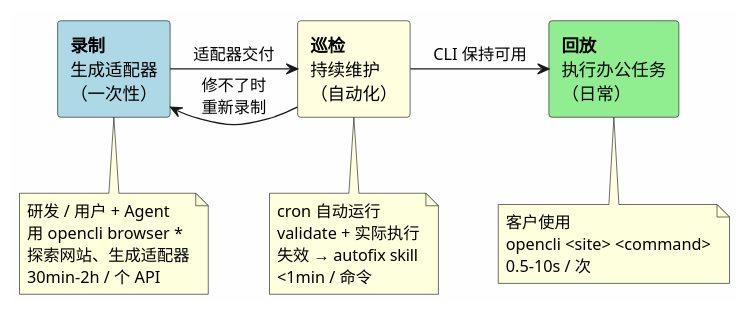
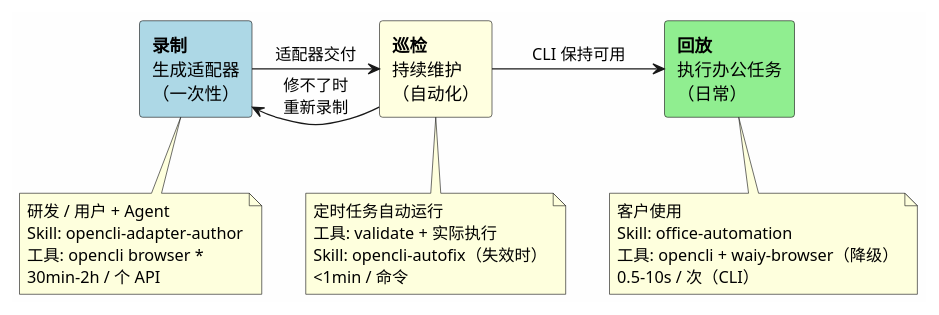
Before and after one commit to shadow-cyan/OpenCLI: the first of 4 diagrams in doc/office-automation-architecture.md, drawn with PlantUML. The commit also changed other lines of this file, not shown here.

First line of the commit message:
docs(architecture): restructure with top-down logic flow

````diff
--- a/doc/office-automation-architecture.md
+++ b/doc/office-automation-architecture.md
@@ -76,35 +179,36 @@
 ```plantuml
 @startuml
 skinparam backgroundColor #FEFEFE
 skinparam componentStyle rectangle
 
 rectangle "**录制**\n生成适配器\n（一次性）" as R #LightBlue
 rectangle "**巡检**\n持续维护\n（自动化）" as P #LightYellow
 rectangle "**回放**\n执行办公任务\n（日常）" as E #LightGreen
 
 R -right-> P : 适配器交付
 P -right-> E : CLI 保持可用
 P -left-> R : 修不了时\n重新录制
 
 note bottom of R
   研发 / 用户 + Agent
-  用 opencli browser *
-  探索网站、生成适配器
+  Skill: opencli-adapter-author
+  工具: opencli browser *
   30min-2h / 个 API
 end note
 
 note bottom of P
-  cron 自动运行
-  validate + 实际执行
-  失效 → autofix skill
+  定时任务自动运行
+  工具: validate + 实际执行
+  Skill: opencli-autofix（失效时）
   <1min / 命令
 end note
 
 note bottom of E
   客户使用
-  opencli <site> <command>
-  0.5-10s / 次
+  Skill: office-automation
+  工具: opencli + waiy-browser（降级）
+  0.5-10s / 次（CLI）
 end note
 
 @enduml
 ```
````
